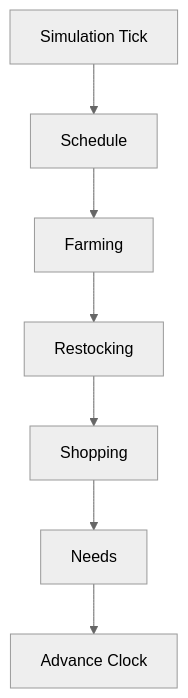
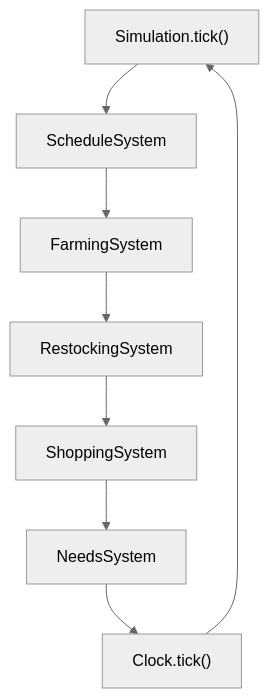
Before and after one commit to faizdevx/tinyworld: the first of 2 diagrams in README.md, drawn with Mermaid (neutral theme). The commit also changed other lines of this file, not shown here.

`````diff
--- a/README.md
+++ b/README.md
@@ -31,9 +87,18 @@
 ```mermaid
 flowchart TD
-    A[Simulation Tick] --> B[Schedule]
-    B --> C[Farming]
-    C --> D[Restocking]
-    D --> E[Shopping]
-    E --> F[Needs]
-    F --> G[Advance Clock]
-````
+    A["Simulation.tick()"]
+    B["ScheduleSystem"]
+    C["FarmingSystem"]
+    D["RestockingSystem"]
+    E["ShoppingSystem"]
+    F["NeedsSystem"]
+    G["Clock.tick()"]
+
+    A --> B
+    B --> C
+    C --> D
+    D --> E
+    E --> F
+    F --> G
+    G --> A
+```
`````
